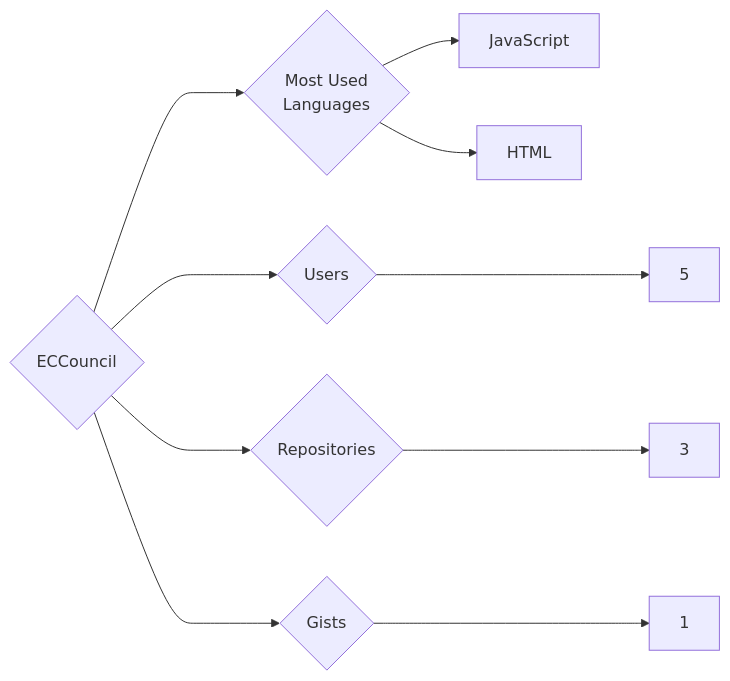
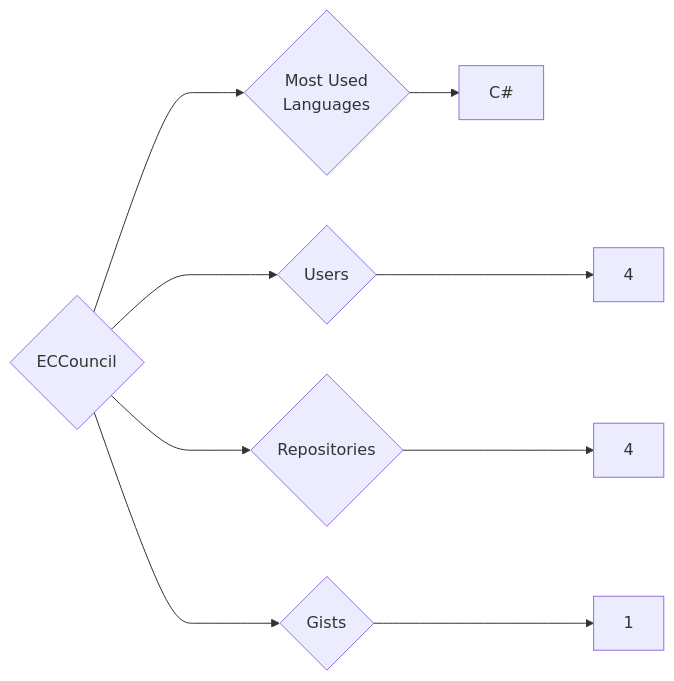
The diagram in targets/ECCouncil/README.md (trickest/insiders), drawn with Mermaid before and after one commit. The commit also changed 840 other files, not shown here.

````diff
--- a/targets/ECCouncil/README.md
+++ b/targets/ECCouncil/README.md
@@ -3,10 +3,9 @@
 ```mermaid
 graph LR
 COMPANY_NAME{ECCouncil}
-COMPANY_NAME ---> U{Users} ---> UN[5]
-COMPANY_NAME ---> R{Repositories} ---> RN[3]
+COMPANY_NAME ---> U{Users} ---> UN[4]
+COMPANY_NAME ---> R{Repositories} ---> RN[4]
 COMPANY_NAME ---> G{Gists} ---> GN[1]
 COMPANY_NAME ---> ML{Most Used<br>Languages}
-ML --> JavaScript[JavaScript]
-ML --> HTML[HTML]
+ML --> C#[C#]
 ```
````
